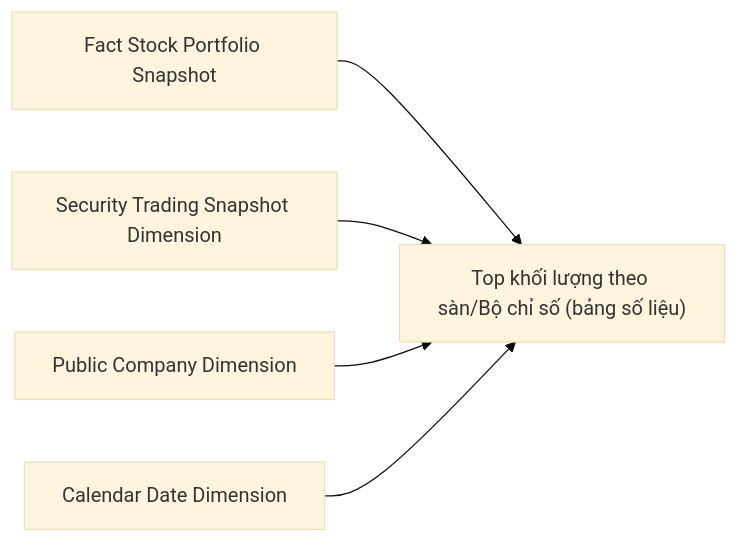
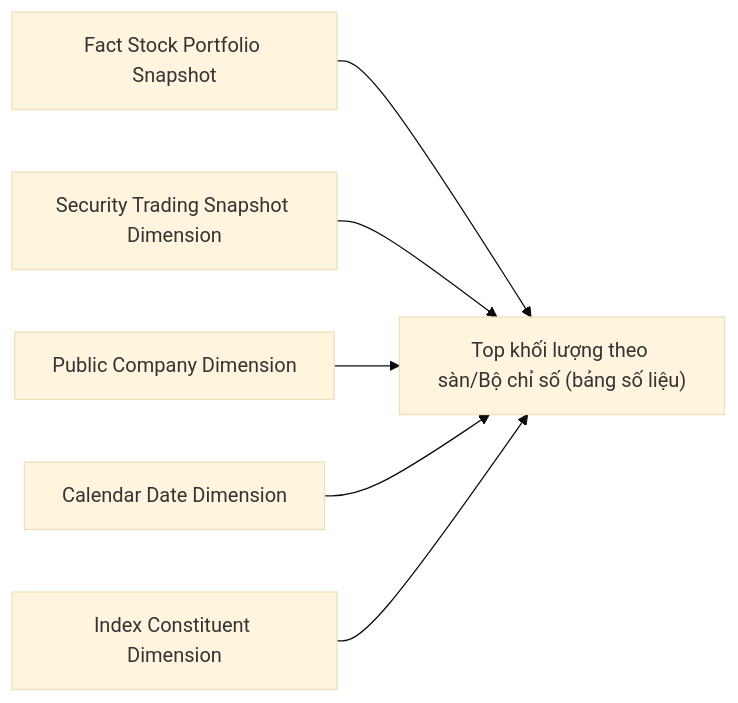
Diagram 15 of 57 in Datamart/hld/DTM_GSTT_HLD.md (linhlvit/ubck_atomic_design), drawn with Mermaid (base theme) before and after one commit. The commit also changed other lines of this file and 21 other files, not shown here.

````diff
--- a/Datamart/hld/DTM_GSTT_HLD.md
+++ b/Datamart/hld/DTM_GSTT_HLD.md
@@ -717,7 +751,8 @@
 ```mermaid
 flowchart LR
     F1["Fact Stock Portfolio Snapshot"] --> RPT9["Top khối lượng theo sàn/Bộ chỉ số (bảng số liệu)"]
     D1["Security Trading Snapshot Dimension"] --> RPT9
     D2["Public Company Dimension"] --> RPT9
     D3["Calendar Date Dimension"] --> RPT9
+    D4["Index Constituent Dimension"] --> RPT9
 ```
````
